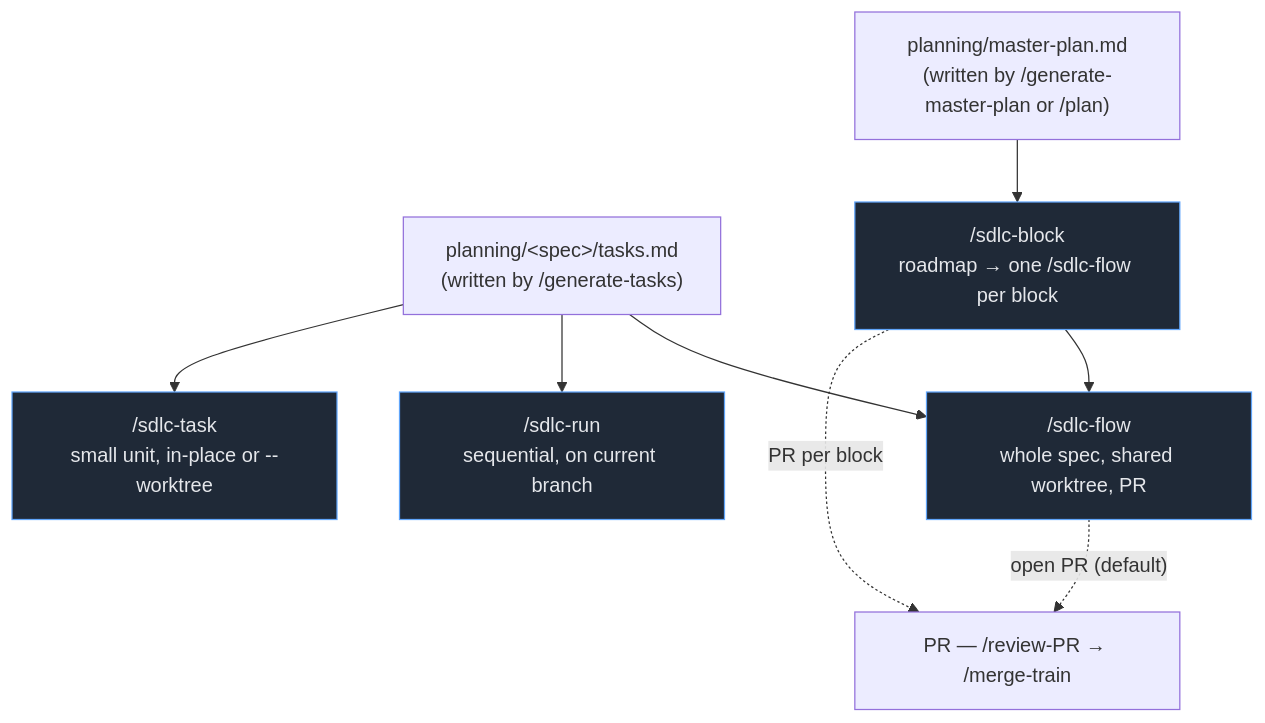
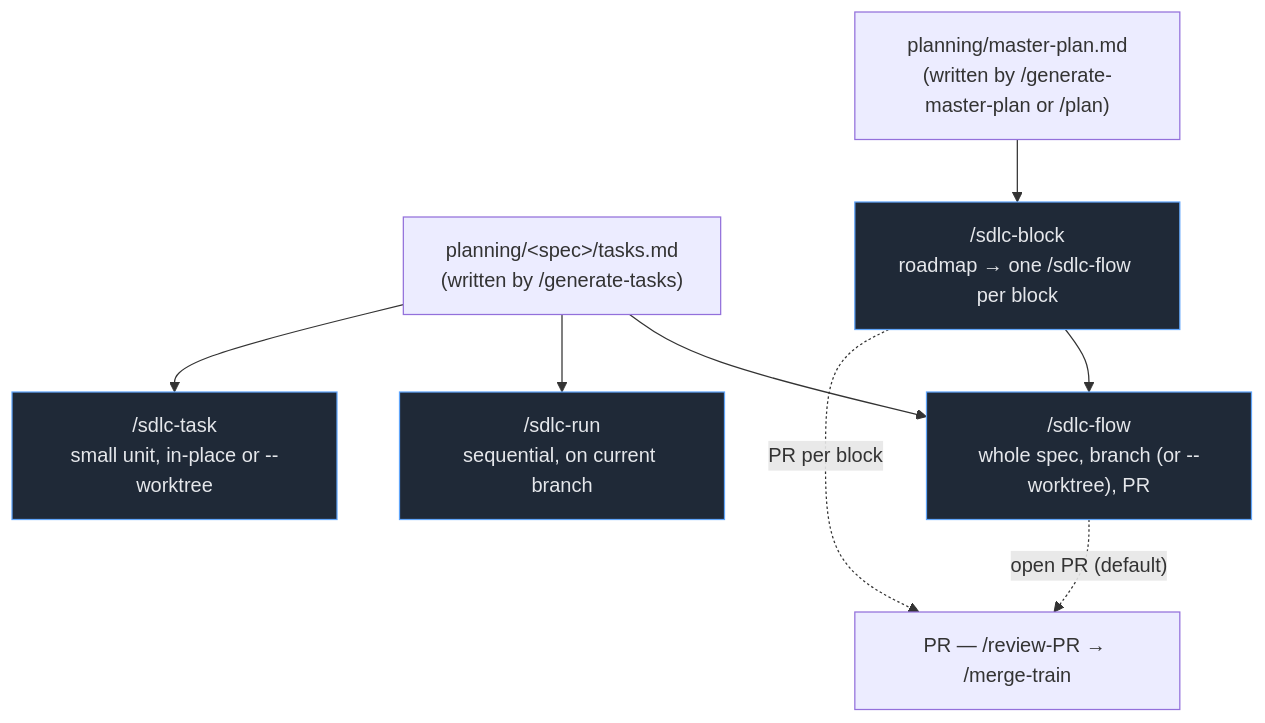
Before and after one commit to bredmond1019/agentic-base-template: the diagram in docs/workflows/index.md, drawn with Mermaid. The commit also changed other lines of this file and 14 other files, not shown here.

````diff
--- a/docs/workflows/index.md
+++ b/docs/workflows/index.md
@@ -48,18 +48,18 @@
 ```mermaid
 flowchart TD
     plan["planning/&lt;spec&gt;/tasks.md<br/>(written by /generate-tasks)"]
     roadmap["planning/master-plan.md<br/>(written by /generate-master-plan or /plan)"]
 
-    plan --> flow["/sdlc-flow<br/>whole spec, shared worktree, PR"]
+    plan --> flow["/sdlc-flow<br/>whole spec, branch (or --worktree), PR"]
     plan --> run["/sdlc-run<br/>sequential, on current branch"]
     plan --> task["/sdlc-task<br/>small unit, in-place or --worktree"]
 
     roadmap --> block["/sdlc-block<br/>roadmap → one /sdlc-flow per block"]
     block --> flow
 
     flow -. "open PR (default)" .-> pr["PR — /review-PR → /merge-train"]
     block -. "PR per block" .-> pr
 
     classDef engine fill:#1f2937,stroke:#60a5fa,color:#e5e7eb;
     class flow,run,task,block engine;
 ```
````
